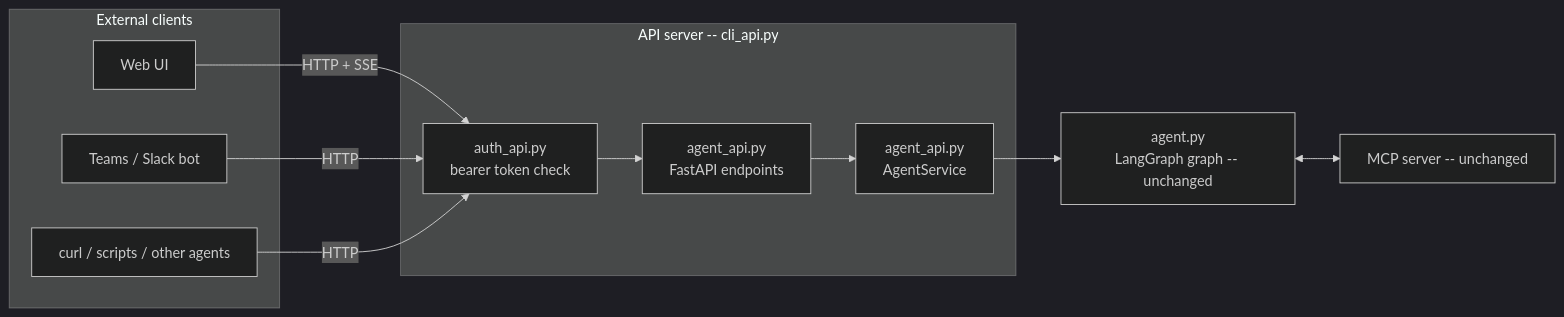
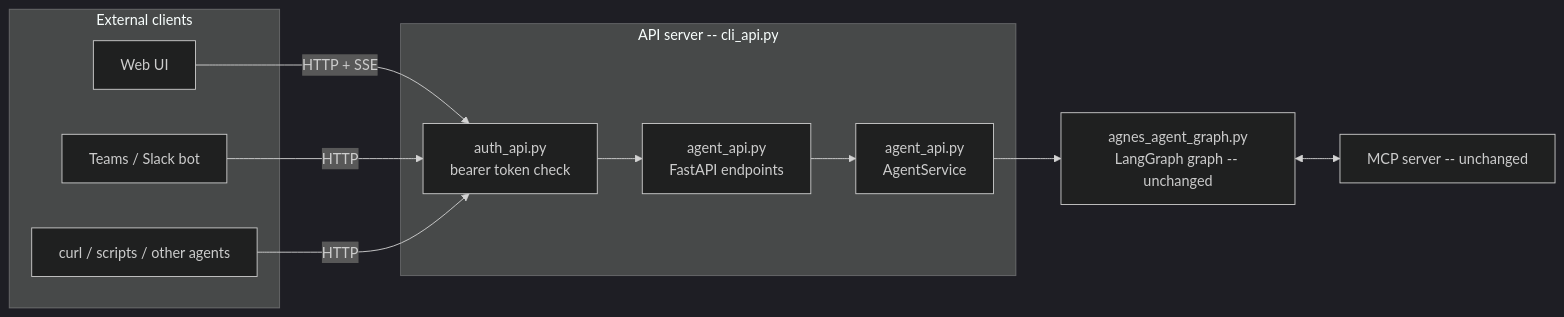
Before and after one commit to vsrajan/AgenticAI: the diagram in docs/agent_api.md, drawn with Mermaid (dark theme). The commit also changed other lines of this file and 18 other files, not shown here.

````diff
--- a/docs/agent_api.md
+++ b/docs/agent_api.md
@@ -56,25 +56,25 @@
 ```mermaid
 flowchart LR
     subgraph clients [External clients]
         WEB[Web UI]
         TEAMS[Teams / Slack bot]
         CURL[curl / scripts / other agents]
     end
 
     subgraph api [API server -- cli_api.py]
         AUTH[auth_api.py<br/>bearer token check]
         APP[agent_api.py<br/>FastAPI endpoints]
         SVC[agent_api.py<br/>AgentService]
     end
 
-    GRAPH[agent.py<br/>LangGraph graph -- unchanged]
+    GRAPH[agnes_agent_graph.py<br/>LangGraph graph -- unchanged]
     MCP[MCP server -- unchanged]
 
     WEB -->|HTTP + SSE| AUTH
     TEAMS -->|HTTP| AUTH
     CURL -->|HTTP| AUTH
     AUTH --> APP
     APP --> SVC
     SVC --> GRAPH
     GRAPH <--> MCP
 ```
````
